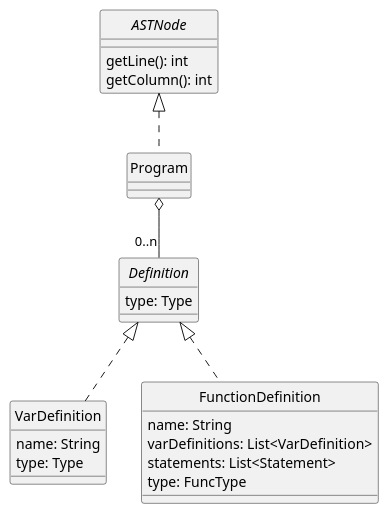
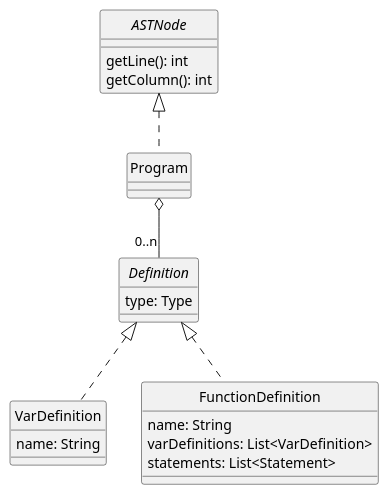
Before and after one commit to DavidGonzalezFernandez/dlp-compiler: the diagram in docs/diagrams/program.plantuml, drawn with PlantUML.

Commit message:
Elimino atributos duplicados en UML de program

```diff
--- a/docs/diagrams/program.plantuml
+++ b/docs/diagrams/program.plantuml
@@ -1,48 +1,46 @@
 @startuml Program
 skinparam style strictuml
 skinparam monochrome true
 
 
 interface ASTNode {
     getLine(): int
     getColumn(): int
 }
 
 /'Un programa está compuesto por una secuencia de definiciones de
 variables y definiciones de funciones.
 '/
 
 ASTNode <|.. Program
 
 class Program
 
 interface Definition {
     type: Type
 }
 
 Program o-- "0..n" Definition
 
 'La definición de una variable es un identificador seguido de :: y su respectivo tipo
 class VarDefinition {
     name: String
-    type: Type
 }
 
 'TODO pendiente de terminar
 /' Una función se define usando:
     la palabra def,
     el identificador de la función,
     seguido de una lista de parámetros  comprendidos por ( y ) y separados por ,,
     después de los parámetros, y separado por ::, se debe especificar el tipo de  retorno.
 '/
 class FunctionDefinition {
     name: String
     varDefinitions: List<VarDefinition>
     statements: List<Statement>
-    type: FuncType
 }
 
 Definition <|.. VarDefinition
 Definition <|.. FunctionDefinition
 
 @enduml
```
